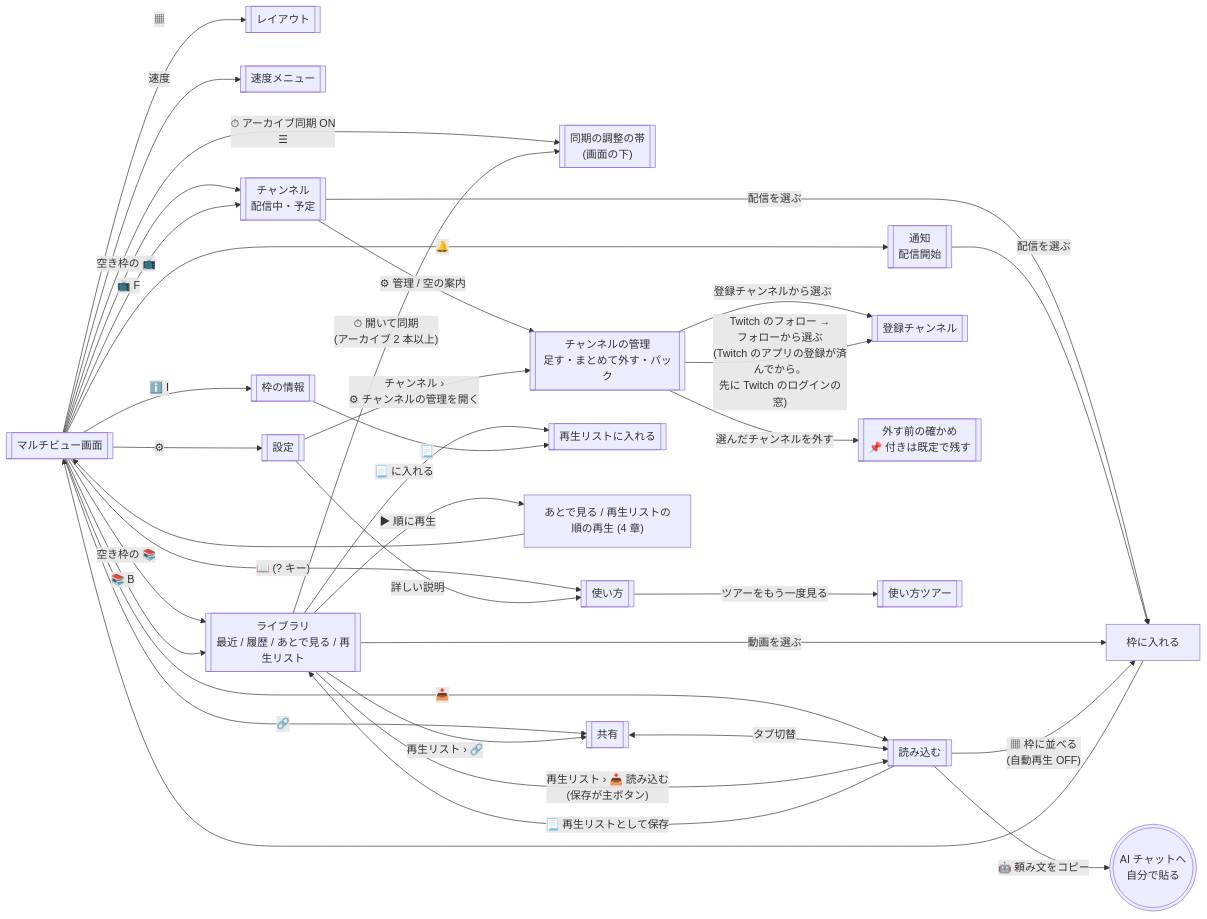
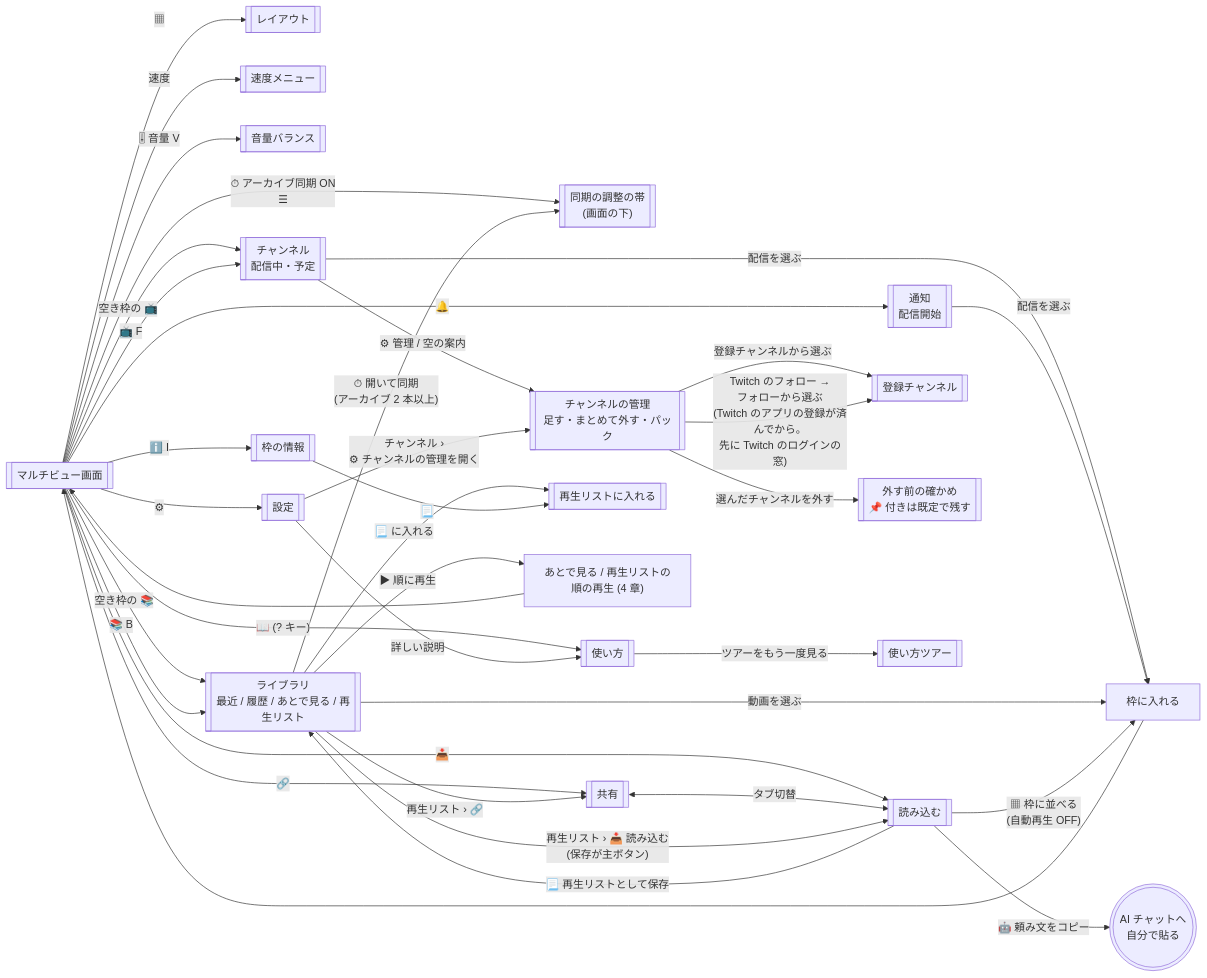
The third of 5 diagrams in docs/screen-flow.md (contee213/hakomado), drawn with Mermaid before and after one commit. The commit also changed 22 other files, not shown here.

````diff
--- a/docs/screen-flow.md
+++ b/docs/screen-flow.md
@@ -86,39 +86,40 @@
 ```mermaid
 flowchart LR
   MAIN[["マルチビュー画面"]]
   MAIN -- "▦" --> LAY[["レイアウト"]]
   MAIN -- "速度" --> SPD[["速度メニュー"]]
+  MAIN -- "🎚 音量 V" --> VOL[["音量バランス"]]
   MAIN -- "⏱ アーカイブ同期 ON<br>☰" --> WAVE[["同期の調整の帯<br>(画面の下)"]]
   MAIN -- "空き枠の 📺" --> CH
   MAIN -- "空き枠の 📚" --> LIB
   MAIN -- "🔔" --> NOT[["通知<br>配信開始"]]
   MAIN -- "📺 F" --> CH[["チャンネル<br>配信中・予定"]]
   MAIN -- "📚 B" --> LIB[["ライブラリ<br>最近 / 履歴 / あとで見る / 再生リスト"]]
   MAIN -- "ℹ️ I" --> INFO[["枠の情報"]]
   MAIN -- "🔗" --> SH[["共有"]]
   MAIN -- "📥" --> RD[["読み込む"]]
   MAIN -- "⚙" --> SET[["設定"]]
   MAIN -- "📖 (? キー)" --> HELP[["使い方"]]
   SH <-- "タブ切替" --> RD
   CH -- "⚙ 管理 / 空の案内" --> CM[["チャンネルの管理<br>足す・まとめて外す・パック"]]
   SET -- "チャンネル ›<br>⚙ チャンネルの管理を開く" --> CM
   CM -- "登録チャンネルから選ぶ" --> SUBS[["登録チャンネル"]]
   CM -- "Twitch のフォロー →<br>フォローから選ぶ<br>(Twitch のアプリの登録が済んでから。<br>先に Twitch のログインの窓)" --> SUBS
   CM -- "選んだチャンネルを外す" --> CMC[["外す前の確かめ<br>📌 付きは既定で残す"]]
   SET -- "詳しい説明" --> HELP
   HELP -- "ツアーをもう一度見る" --> TOUR[["使い方ツアー"]]
   CH -- "配信を選ぶ" --> TILE["枠に入れる"]
   NOT -- "配信を選ぶ" --> TILE
   LIB -- "動画を選ぶ" --> TILE
   LIB -- "⏱ 開いて同期<br>(アーカイブ 2 本以上)" --> WAVE
   LIB -- "📃 に入れる" --> PLP[["再生リストに入れる"]]
   LIB -- "▶ 順に再生" --> Q["あとで見る / 再生リストの<br>順の再生 (4 章)"]
   LIB -- "再生リスト › 📥 読み込む<br>(保存が主ボタン)" --> RD
   LIB -- "再生リスト › 🔗" --> SH
   INFO -- "📃" --> PLP
   RD -- "▦ 枠に並べる<br>(自動再生 OFF)" --> TILE
   RD -- "📃 再生リストとして保存" --> LIB
   RD -- "🤖 頼み文をコピー" --> AI((("AI チャットへ<br>自分で貼る")))
   TILE --> MAIN
   Q --> MAIN
 ```
````
